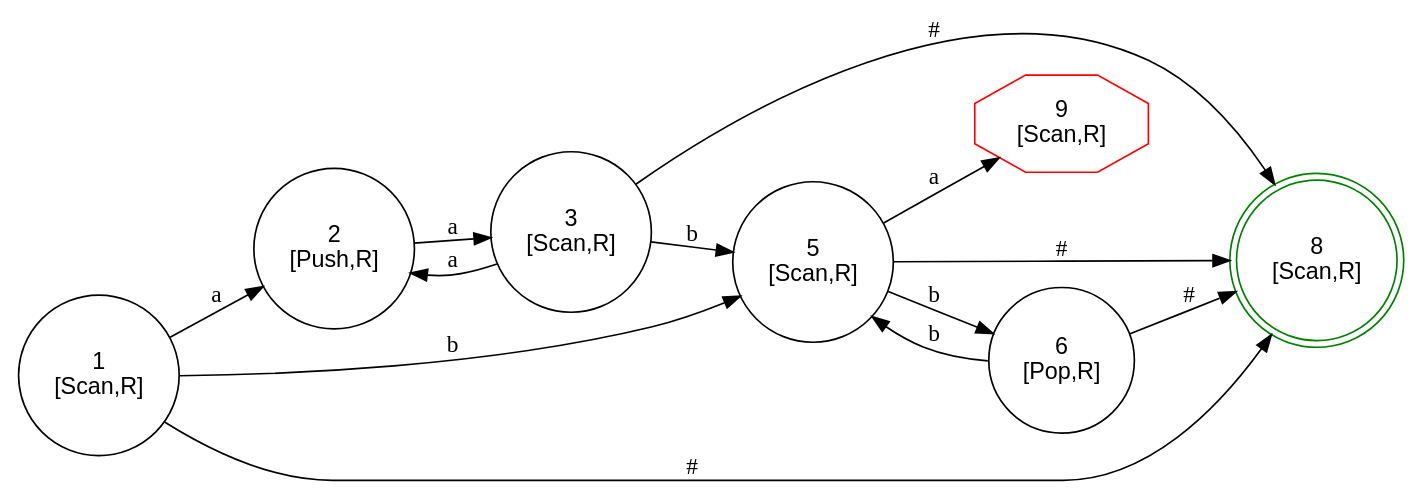
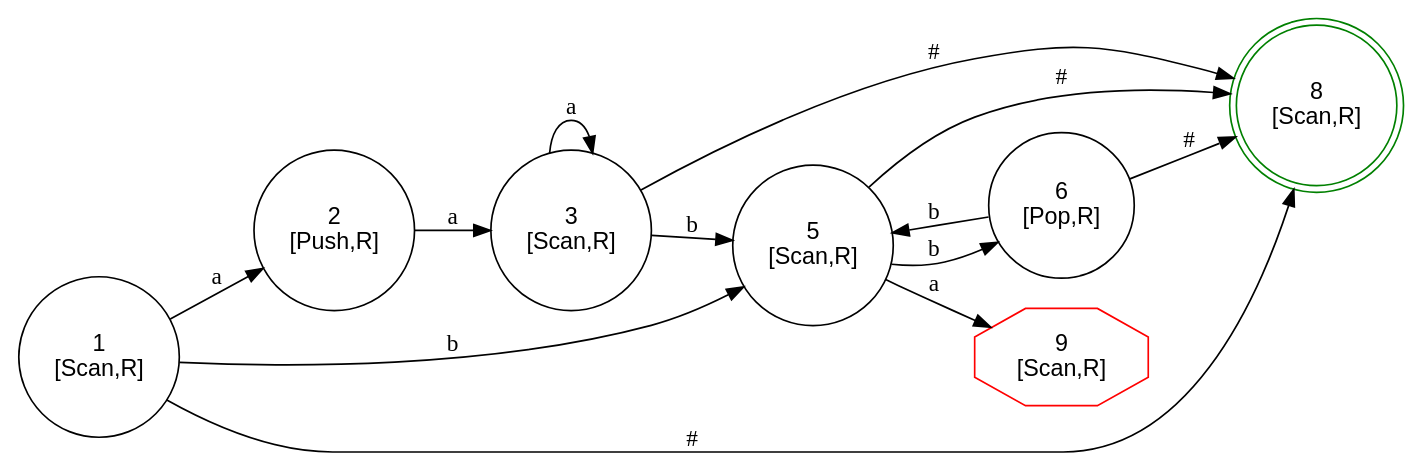
Before and after one commit to kokobabe99/turing_point: the diagram in dots/pda.dot, drawn with Graphviz. The commit also changed 7 other files, not shown here.

```diff
--- a/dots/pda.dot
+++ b/dots/pda.dot
@@ -1,22 +1,22 @@
 digraph FSM {
   rankdir=LR; node [shape=circle, fontname="Arial"];
   1 [label="1\n[Scan,R]", shape=circle];
   1 -> 2 [label="a"];
   1 -> 5 [label="b"];
   1 -> 8 [label="#"];
   2 [label="2\n[Push,R]", shape=circle];
   2 -> 3 [label="a"];
   3 [label="3\n[Scan,R]", shape=circle];
-  3 -> 2 [label="a"];
+  3 -> 3 [label="a"];
   3 -> 5 [label="b"];
   3 -> 8 [label="#"];
   5 [label="5\n[Scan,R]", shape=circle];
-  5 -> 6 [label="b"];
   5 -> 9 [label="a"];
   5 -> 8 [label="#"];
+  5 -> 6 [label="b"];
   6 [label="6\n[Pop,R]", shape=circle];
   6 -> 5 [label="b"];
   6 -> 8 [label="#"];
   8 [label="8\n[Scan,R]", shape=doublecircle, color="green"];
   9 [label="9\n[Scan,R]", shape=octagon, color="red"];
 }
```
